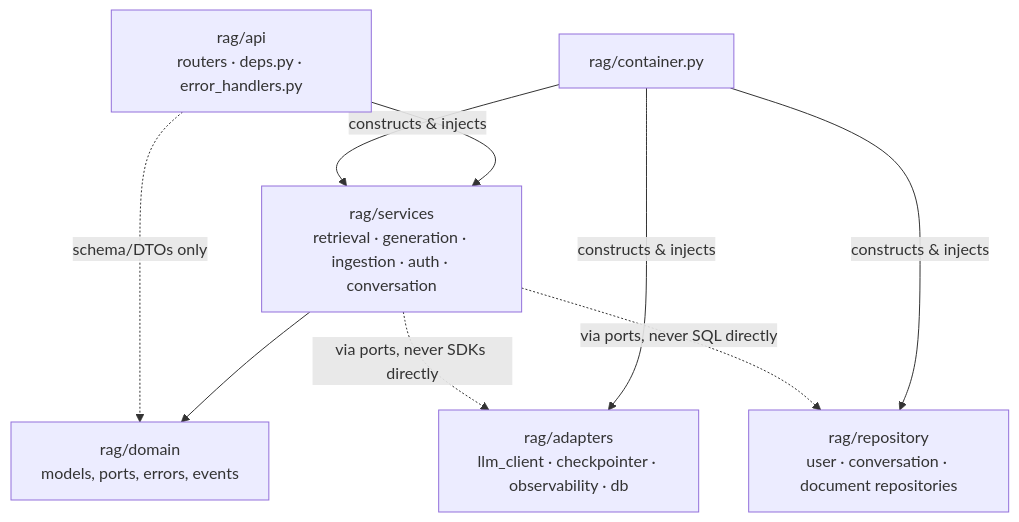
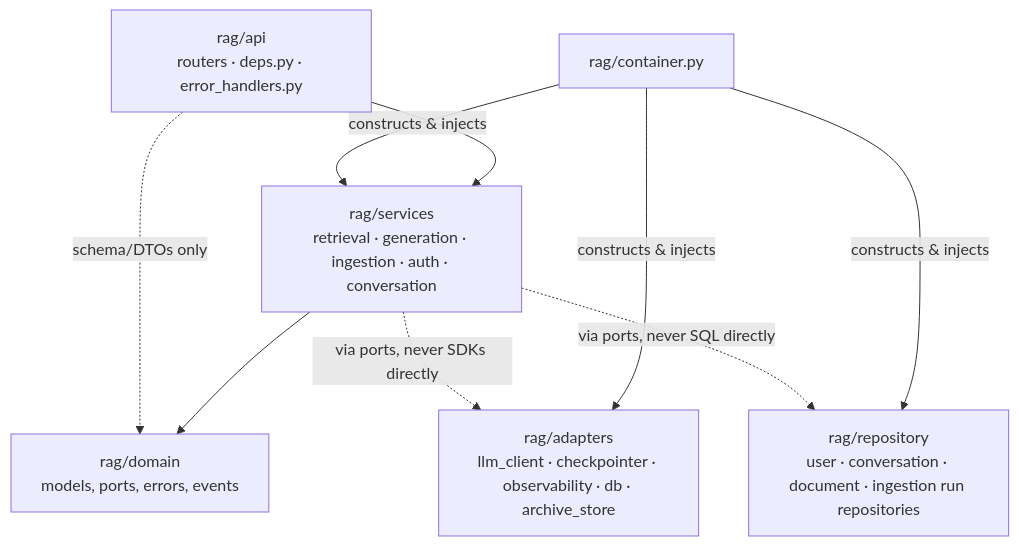
The second of 5 diagrams in docs/architecture.md (hadifar/rag), drawn with Mermaid before and after one commit. The commit also changed other lines of this file and 7 other files, not shown here.

````diff
--- a/docs/architecture.md
+++ b/docs/architecture.md
@@ -50,18 +53,18 @@
 ```mermaid
 graph TD
     api[rag/api<br/>routers · deps.py · error_handlers.py]
     services[rag/services<br/>retrieval · generation · ingestion · auth · conversation]
     domain[rag/domain<br/>models, ports, errors, events]
-    adapters[rag/adapters<br/>llm_client · checkpointer · observability · db]
-    repository[rag/repository<br/>user · conversation · document repositories]
+    adapters[rag/adapters<br/>llm_client · checkpointer · observability · db · archive_store]
+    repository[rag/repository<br/>user · conversation · document · ingestion run repositories]
     container[rag/container.py<br/>]
 
     api --> services
     services --> domain
     api -.->|schema/DTOs only| domain
     container -->|constructs & injects| adapters
     container -->|constructs & injects| repository
     container -->|constructs & injects| services
     services -.->|via ports, never SDKs directly| adapters
     services -.->|via ports, never SQL directly| repository
 ```
````
